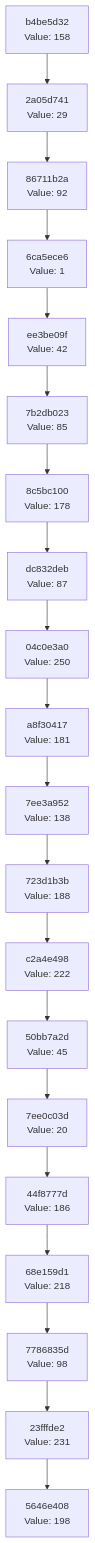
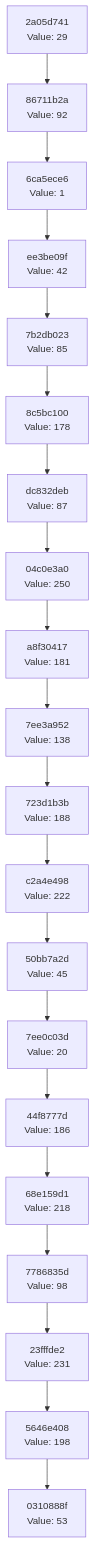
One commit to Abhisheksinha1506/hash-chain-evolver changed the diagram in docs/CHAIN_VISUALIZATION.md. Above: the diagram before and after it, drawn with Mermaid. The commit also changed 2 other files, not shown here.

Commit message:
Evolution step: hash 0x35 → action executed

````diff
--- a/docs/CHAIN_VISUALIZATION.md
+++ b/docs/CHAIN_VISUALIZATION.md
@@ -3,42 +3,42 @@
 ```mermaid
 graph TD
-    C0["5646e408<br/>Value: 198"]
-    C1["23fffde2<br/>Value: 231"]
+    C0["0310888f<br/>Value: 53"]
+    C1["5646e408<br/>Value: 198"]
     C1 --> C0
-    C2["7786835d<br/>Value: 98"]
+    C2["23fffde2<br/>Value: 231"]
     C2 --> C1
-    C3["68e159d1<br/>Value: 218"]
+    C3["7786835d<br/>Value: 98"]
     C3 --> C2
-    C4["44f8777d<br/>Value: 186"]
+    C4["68e159d1<br/>Value: 218"]
     C4 --> C3
-    C5["7ee0c03d<br/>Value: 20"]
+    C5["44f8777d<br/>Value: 186"]
     C5 --> C4
-    C6["50bb7a2d<br/>Value: 45"]
+    C6["7ee0c03d<br/>Value: 20"]
     C6 --> C5
-    C7["c2a4e498<br/>Value: 222"]
+    C7["50bb7a2d<br/>Value: 45"]
     C7 --> C6
-    C8["723d1b3b<br/>Value: 188"]
+    C8["c2a4e498<br/>Value: 222"]
     C8 --> C7
-    C9["7ee3a952<br/>Value: 138"]
+    C9["723d1b3b<br/>Value: 188"]
     C9 --> C8
-    C10["a8f30417<br/>Value: 181"]
+    C10["7ee3a952<br/>Value: 138"]
     C10 --> C9
-    C11["04c0e3a0<br/>Value: 250"]
+    C11["a8f30417<br/>Value: 181"]
     C11 --> C10
-    C12["dc832deb<br/>Value: 87"]
+    C12["04c0e3a0<br/>Value: 250"]
     C12 --> C11
-    C13["8c5bc100<br/>Value: 178"]
+    C13["dc832deb<br/>Value: 87"]
     C13 --> C12
-    C14["7b2db023<br/>Value: 85"]
+    C14["8c5bc100<br/>Value: 178"]
     C14 --> C13
-    C15["ee3be09f<br/>Value: 42"]
+    C15["7b2db023<br/>Value: 85"]
     C15 --> C14
-    C16["6ca5ece6<br/>Value: 1"]
+    C16["ee3be09f<br/>Value: 42"]
     C16 --> C15
-    C17["86711b2a<br/>Value: 92"]
+    C17["6ca5ece6<br/>Value: 1"]
     C17 --> C16
-    C18["2a05d741<br/>Value: 29"]
+    C18["86711b2a<br/>Value: 92"]
     C18 --> C17
-    C19["b4be5d32<br/>Value: 158"]
+    C19["2a05d741<br/>Value: 29"]
     C19 --> C18
 ```
````
